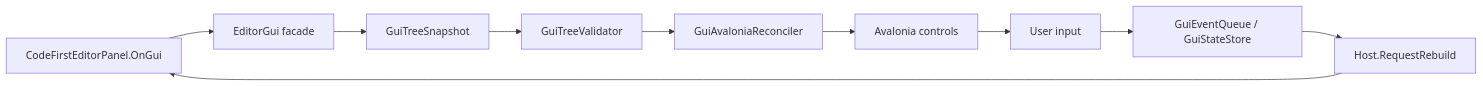
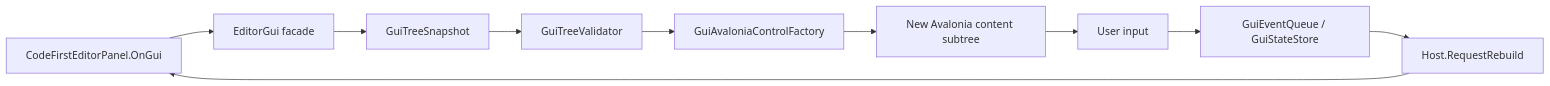
Before and after one commit to 66six11/Engine: the diagram in apps/studio/docs/Code-first UI设计.md, drawn with Mermaid. The commit also changed other lines of this file and 8 other files, not shown here.

````diff
--- a/apps/studio/docs/Code-first UI设计.md
+++ b/apps/studio/docs/Code-first UI设计.md
@@ -63,12 +68,12 @@
 ```mermaid
 flowchart LR
     Panel["CodeFirstEditorPanel.OnGui"] --> Gui["EditorGui facade"]
     Gui --> Tree["GuiTreeSnapshot"]
     Tree --> Validator["GuiTreeValidator"]
-    Validator --> Reconciler["GuiAvaloniaReconciler"]
-    Reconciler --> Controls["Avalonia controls"]
+    Validator --> Factory["GuiAvaloniaControlFactory"]
+    Factory --> Controls["New Avalonia content subtree"]
     Controls --> Input["User input"]
     Input --> Events["GuiEventQueue / GuiStateStore"]
     Events --> Host["Host.RequestRebuild"]
     Host --> Panel
 ```
````
